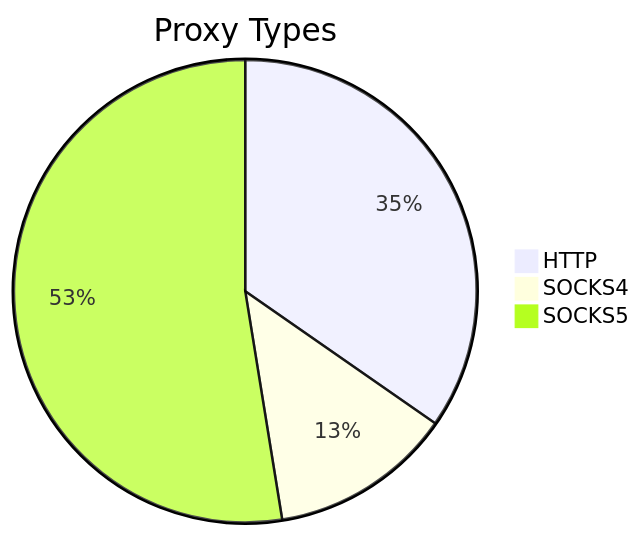
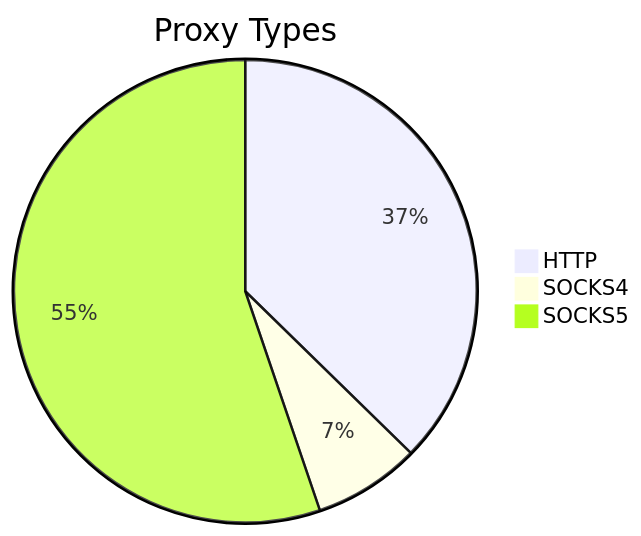
The first of 2 diagrams in README.md (stormsia/proxy-list), drawn with Mermaid before and after one commit. The commit also changed other lines of this file, not shown here.

````diff
--- a/README.md
+++ b/README.md
@@ -21,6 +21,6 @@
 ```mermaid
 pie title Proxy Types
-    "HTTP" : 95
-    "SOCKS4" : 35
-    "SOCKS5" : 144
+    "HTTP" : 75
+    "SOCKS4" : 15
+    "SOCKS5" : 111
 ```
````
